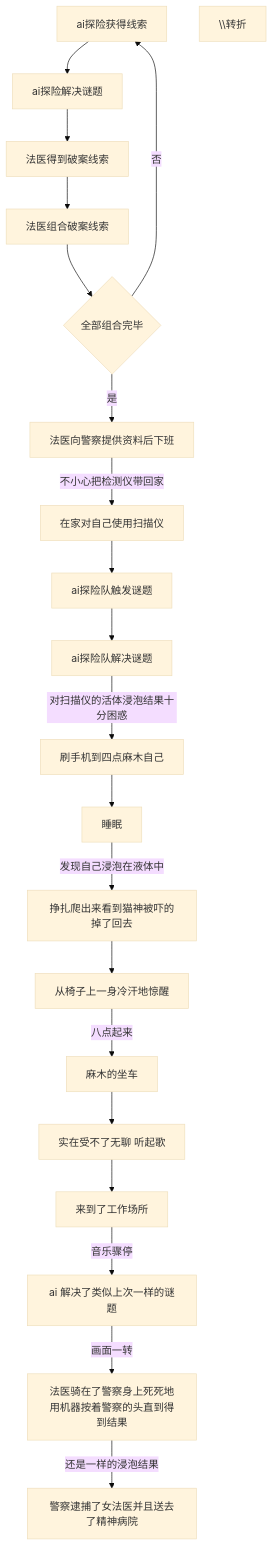
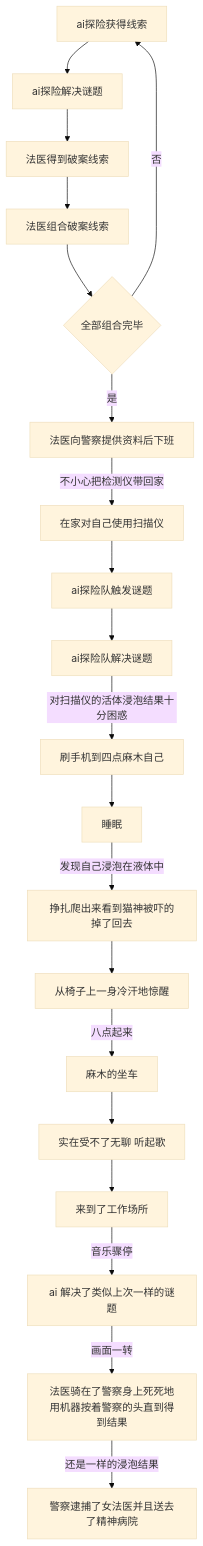
The first of 5 diagrams in readme.md (chichinohaha/nekogami), drawn with Mermaid (base theme) before and after one commit.

````diff
--- a/readme.md
+++ b/readme.md
@@ -61,24 +61,24 @@
 ```mermaid
 graph TD;
 
 ai[ai探险获得线索]-->ai2[ai探险解决谜题];
 ai2-->fy[法医得到破案线索];
 fy[法医得到破案线索]-->fy2[法医组合破案线索];
 fy2-->fin{全部组合完毕};
 fin-->|否|ai;
 fin-->|是|fyFin[法医向警察提供资料后下班];
-fyFin-->|不小心把检测仪带回家|home[在家对自己使用扫描仪];\\转折
+fyFin-->|不小心把检测仪带回家|home[在家对自己使用扫描仪];
 home-->aiHome[ai探险队触发谜题];
 aiHome-->aiHome2[ai探险队解决谜题];
 aiHome2-->|对扫描仪的活体浸泡结果十分困惑|phone[刷手机到四点麻木自己];
 phone-->sleep[睡眠]; 
 sleep-->|发现自己浸泡在液体中|sleep2[挣扎爬出来看到猫神被吓的掉了回去];
 sleep2-->wake[从椅子上一身冷汗地惊醒];
 wake-->|八点起来|car[麻木的坐车];
 car-->music[实在受不了无聊 听起歌];
 music-->work[来到了工作场所];
 work-->|音乐骤停|aiwork[ai 解决了类似上次一样的谜题];
 aiwork-->|画面一转|lie[法医骑在了警察身上死死地用机器按着警察的头直到得到结果];
 lie-->|还是一样的浸泡结果|catch[警察逮捕了女法医并且送去了精神病院];
 
 ```
````
